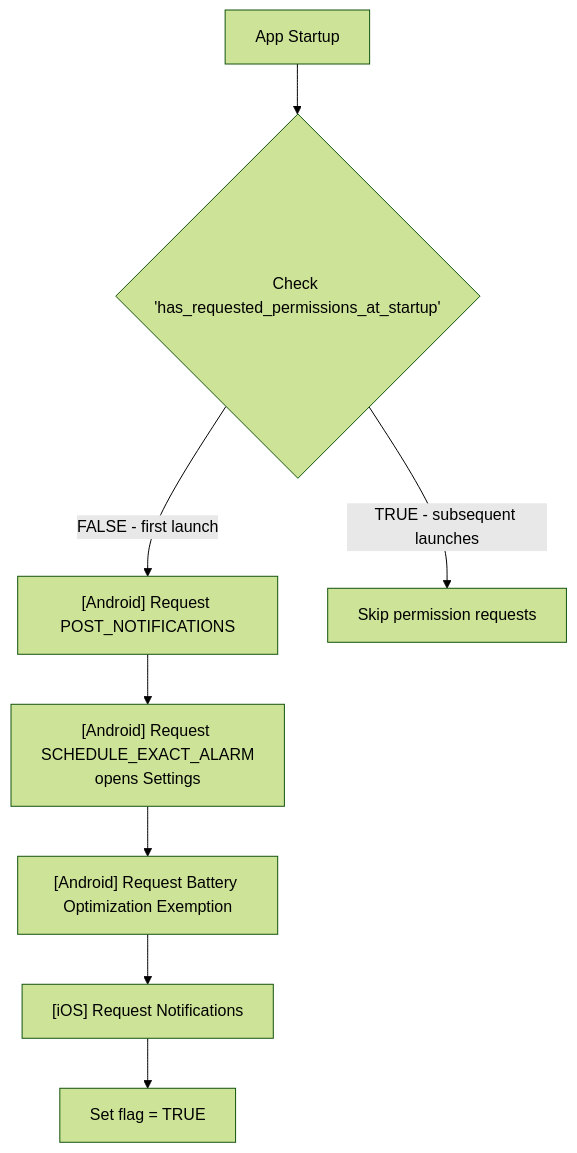
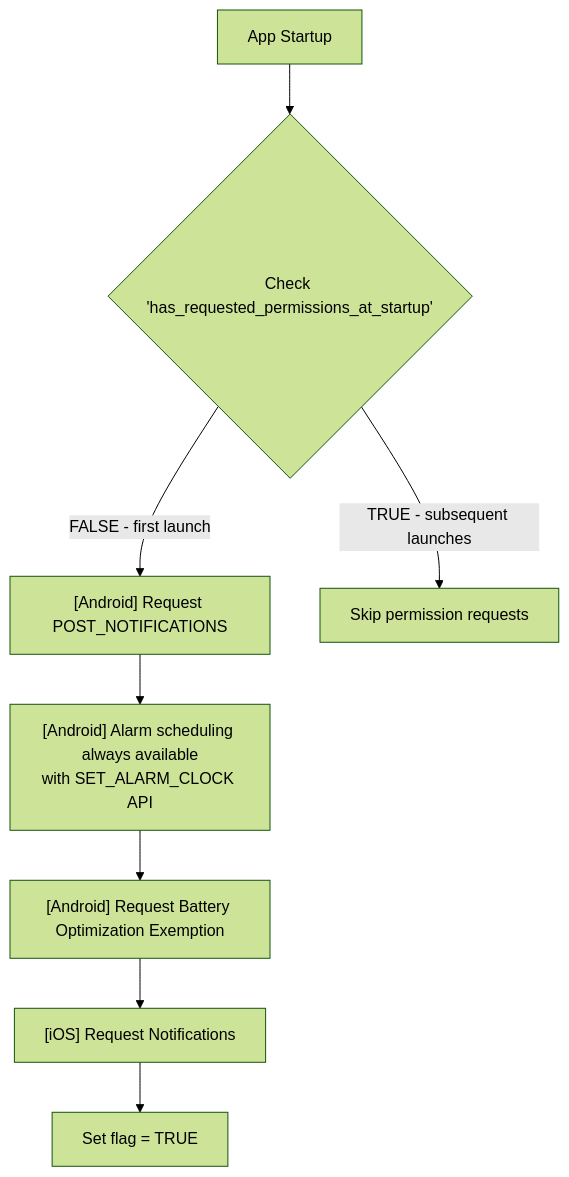
The fifth of 5 diagrams in docs/BACKGROUND_PRODUCTION.md (Usernode-Labs/flutter-mobile-app), drawn with Mermaid (forest theme) before and after one commit. The commit also changed other lines of this file and 6 other files, not shown here.

First line of the commit message:
Complete cleanup: remove all SCHEDULE_EXACT_ALARM references

````diff
--- a/docs/BACKGROUND_PRODUCTION.md
+++ b/docs/BACKGROUND_PRODUCTION.md
@@ -364,10 +364,10 @@
 ```mermaid
 flowchart TB
     A["App Startup"] --> B{"Check 'has_requested_permissions_at_startup'"}
     B -->|FALSE - first launch| C["[Android] Request POST_NOTIFICATIONS"]
-    C --> D["[Android] Request SCHEDULE_EXACT_ALARM<br/>opens Settings"]
+    C --> D["[Android] Alarm scheduling always available<br/>with SET_ALARM_CLOCK API"]
     D --> E["[Android] Request Battery Optimization Exemption"]
     E --> F["[iOS] Request Notifications"]
     F --> G["Set flag = TRUE"]
     B -->|TRUE - subsequent launches| H["Skip permission requests"]
 ```
````
